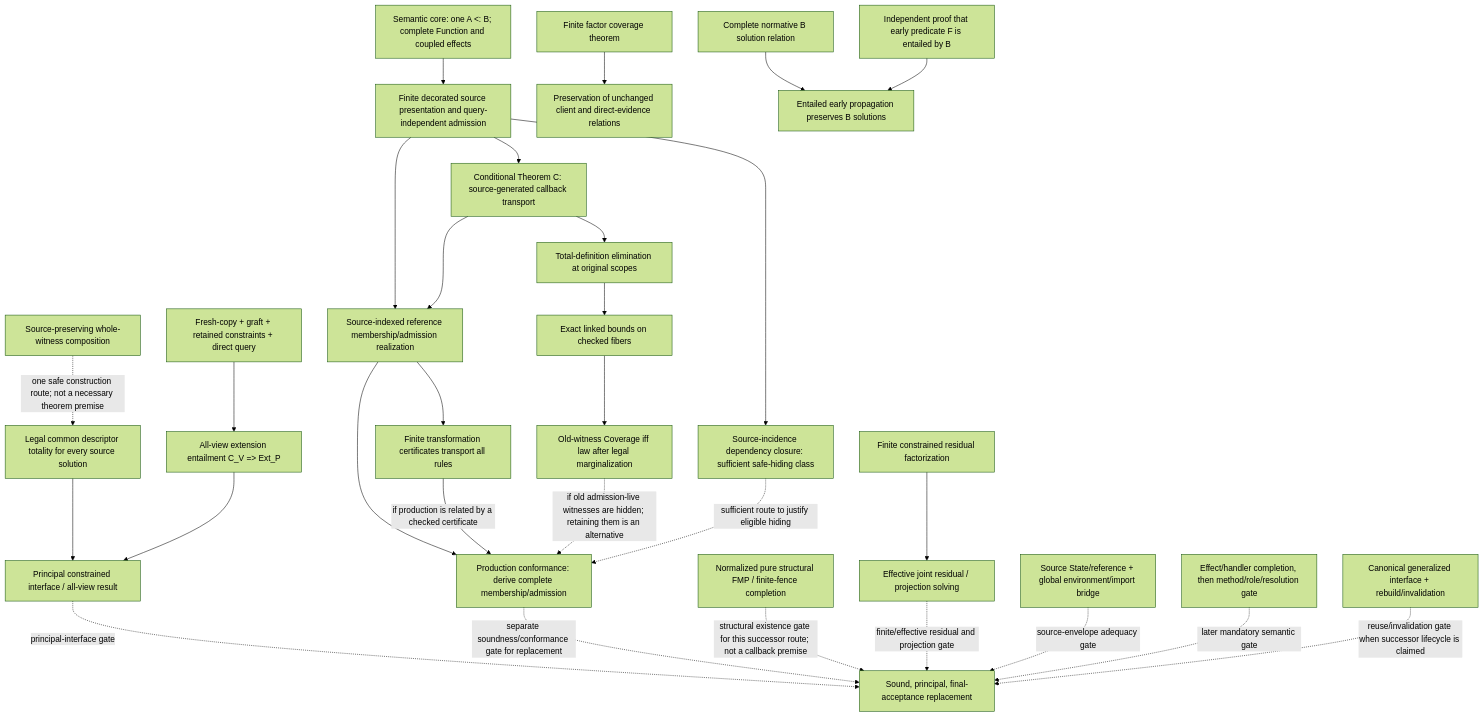
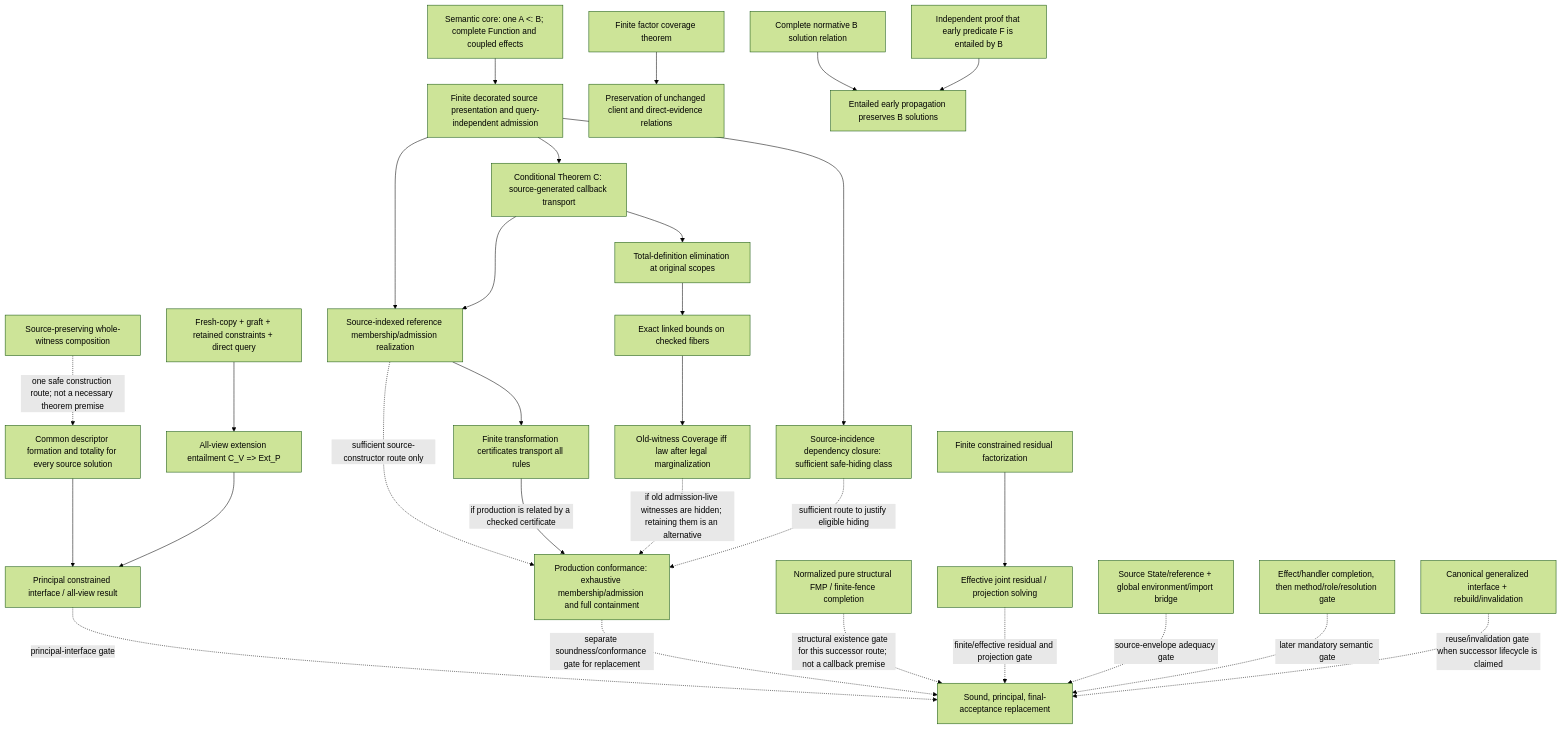
One commit to momota1029/yulang changed the diagram in notes/theory/inference-theorem-dependencies.md. Above: the diagram before and after it, drawn with Mermaid (forest theme). The commit also changed other lines of this file and 2 other files, not shown here.

````diff
--- a/notes/theory/inference-theorem-dependencies.md
+++ b/notes/theory/inference-theorem-dependencies.md
@@ -12,59 +12,59 @@
 ```mermaid
 flowchart TD
   SEM[Semantic core: one A <: B; complete Function and coupled effects]
   SRC[Finite decorated source presentation and query-independent admission]
   C[Conditional Theorem C: source-generated callback transport]
   REF[Source-indexed reference membership/admission realization]
   CERT[Finite transformation certificates transport all rules]
   TD[Total-definition elimination at original scopes]
   EQ[Exact linked bounds on checked fibers]
   COV[Old-witness Coverage iff law after legal marginalization]
   HIDE[Source-incidence dependency closure: sufficient safe-hiding class]
   FC[Finite factor coverage theorem]
   PRES[Preservation of unchanged client and direct-evidence relations]
   BREL[Complete normative B solution relation]
   ENT[Independent proof that early predicate F is entailed by B]
   AENT[Entailed early propagation preserves B solutions]
-  PROD[Production conformance: derive complete membership/admission]
+  PROD[Production conformance: exhaustive membership/admission and full containment]
   FMP[Normalized pure structural FMP / finite-fence completion]
   RES[Finite constrained residual factorization]
   EFF[Effective joint residual / projection solving]
   USE[Fresh-copy + graft + retained constraints + direct query]
   EXT[All-view extension entailment C_V => Ext_P]
-  COMMON[Legal common descriptor totality for every source solution]
+  COMMON[Common descriptor formation and totality for every source solution]
   JOIN[Source-preserving whole-witness composition]
   PRIN[Principal constrained interface / all-view result]
   LIFECYCLE[Canonical generalized interface + rebuild/invalidation]
   STATE[Source State/reference + global environment/import bridge]
   RESOLVE[Effect/handler completion, then method/role/resolution gate]
   CUTOVER[Sound, principal, final-acceptance replacement]
 
   SEM --> SRC
   SRC --> C
   SRC --> REF
   C --> REF
   REF --> CERT
   C --> TD
   TD --> EQ
   EQ --> COV
   SRC --> HIDE
   FC --> PRES
   BREL --> AENT
   ENT --> AENT
   RES --> EFF
-  REF --> PROD
+  REF -.->|sufficient source-constructor route only| PROD
   CERT -->|if production is related by a checked certificate| PROD
   COV -.->|if old admission-live witnesses are hidden; retaining them is an alternative| PROD
   HIDE -.->|sufficient route to justify eligible hiding| PROD
   USE --> EXT
   JOIN -.->|one safe construction route; not a necessary theorem premise| COMMON
   COMMON --> PRIN
   EXT --> PRIN
   PRIN -.->|principal-interface gate| CUTOVER
   PROD -.->|separate soundness/conformance gate for replacement| CUTOVER
   FMP -.->|structural existence gate for this successor route; not a callback premise| CUTOVER
   EFF -.->|finite/effective residual and projection gate| CUTOVER
   STATE -.->|source-envelope adequacy gate| CUTOVER
   RESOLVE -.->|later mandatory semantic gate| CUTOVER
   LIFECYCLE -.->|reuse/invalidation gate when successor lifecycle is claimed| CUTOVER
 ```
````
